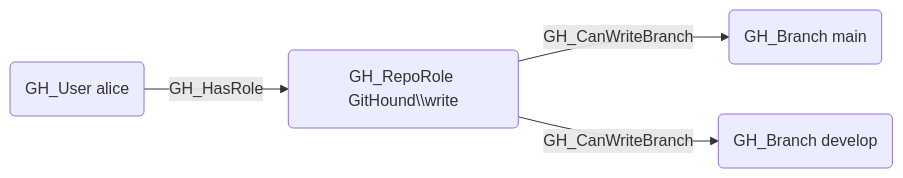
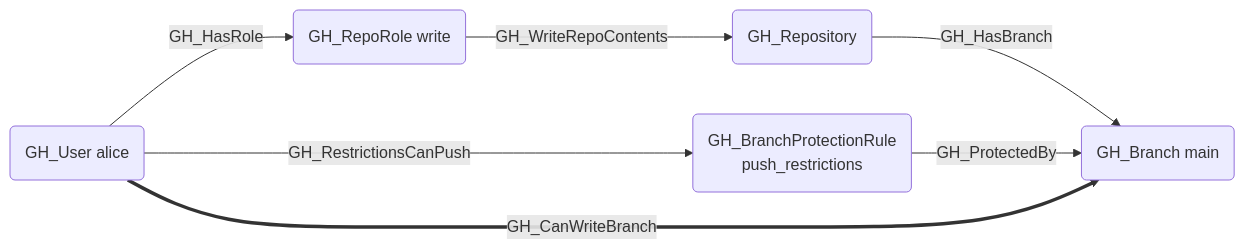
The fifth of 6 diagrams in Documentation/EdgeDescriptions/GH_CanWriteBranch.md (SpecterOps/GitHound), drawn with Mermaid before and after one commit. The commit also changed other lines of this file and 45 other files, not shown here.

````diff
--- a/Documentation/EdgeDescriptions/GH_CanWriteBranch.md
+++ b/Documentation/EdgeDescriptions/GH_CanWriteBranch.md
@@ -17,10 +72,9 @@
 ```mermaid
 graph LR
-    user1("GH_User alice")
-    repoRole("GH_RepoRole GitHound\\write")
-    branch1("GH_Branch main")
-    branch2("GH_Branch develop")
-    user1 -- GH_HasRole --> repoRole
-    repoRole -- GH_CanWriteBranch --> branch1
-    repoRole -- GH_CanWriteBranch --> branch2
+    user("GH_User alice") -->|GH_HasRole| role("GH_RepoRole write")
+    role -->|GH_WriteRepoContents| repo("GH_Repository")
+    repo -->|GH_HasBranch| branch("GH_Branch main")
+    bpr("GH_BranchProtectionRule\npush_restrictions") -->|GH_ProtectedBy| branch
+    user -->|GH_RestrictionsCanPush| bpr
+    user ==>|GH_CanWriteBranch| branch
 ```
````
